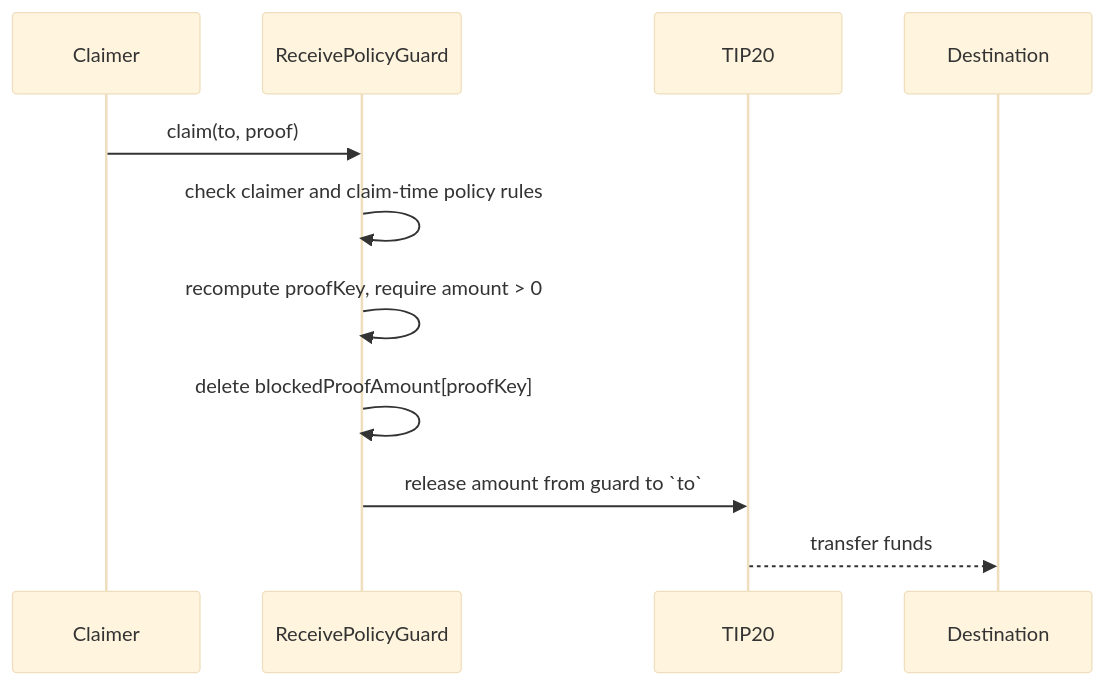
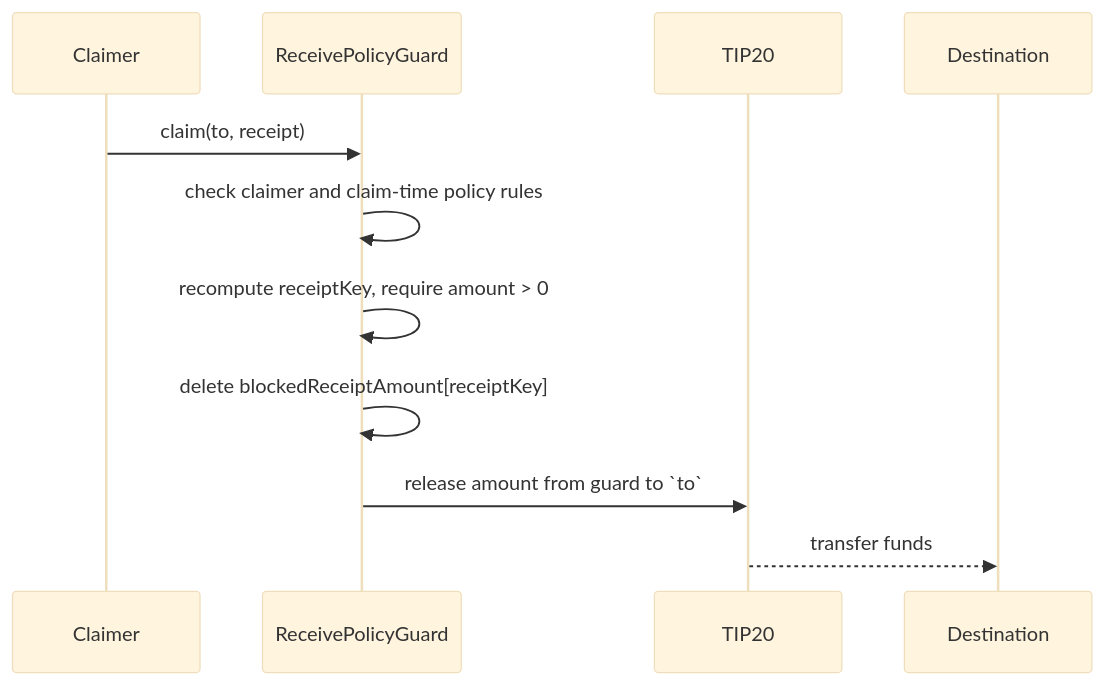
Before and after one commit to tempoxyz/tempo: the second of 2 diagrams in tips/tip-1028.md, drawn with Mermaid (base theme). The commit also changed other lines of this file, not shown here.

Commit message:
docs(tip-1028): use receipt terminology

````diff
--- a/tips/tip-1028.md
+++ b/tips/tip-1028.md
@@ -300,14 +300,14 @@
 ```mermaid
 sequenceDiagram
     participant Claimer
     participant ReceivePolicyGuard
     participant TIP20
     participant Destination
 
-    Claimer->>ReceivePolicyGuard: claim(to, proof)
+    Claimer->>ReceivePolicyGuard: claim(to, receipt)
     ReceivePolicyGuard->>ReceivePolicyGuard: check claimer and claim-time policy rules
-    ReceivePolicyGuard->>ReceivePolicyGuard: recompute proofKey, require amount > 0
-    ReceivePolicyGuard->>ReceivePolicyGuard: delete blockedProofAmount[proofKey]
+    ReceivePolicyGuard->>ReceivePolicyGuard: recompute receiptKey, require amount > 0
+    ReceivePolicyGuard->>ReceivePolicyGuard: delete blockedReceiptAmount[receiptKey]
     ReceivePolicyGuard->>TIP20: release amount from guard to `to`
     TIP20-->>Destination: transfer funds
 ```
````
